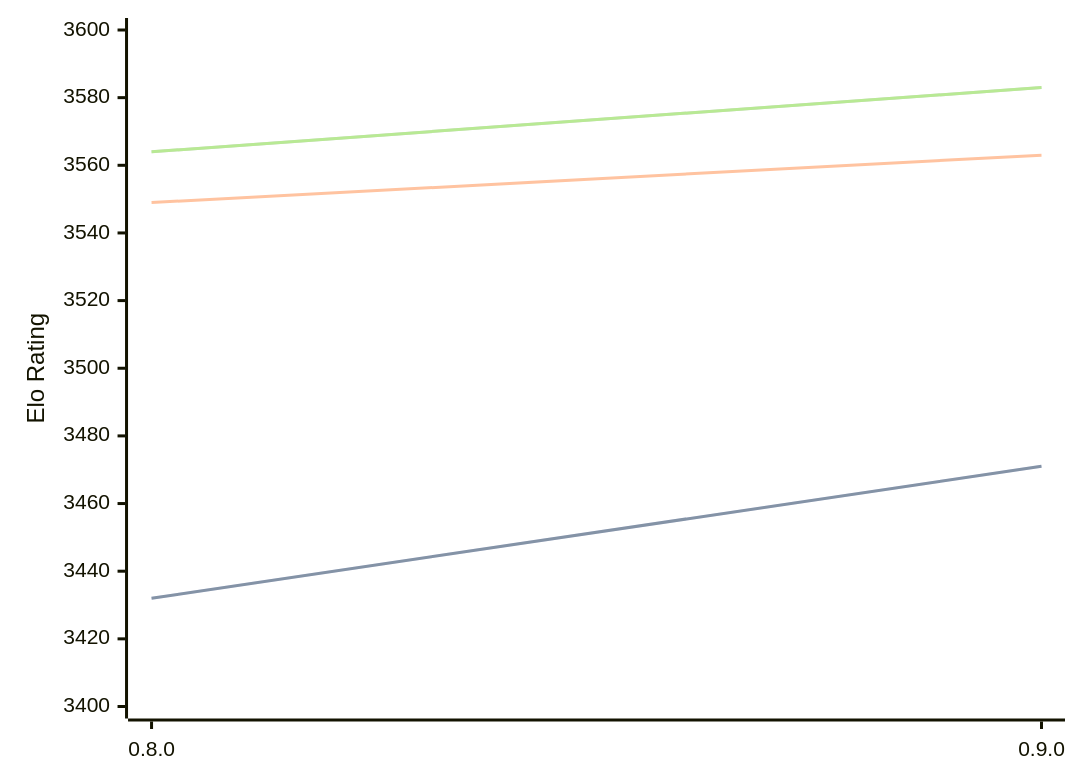
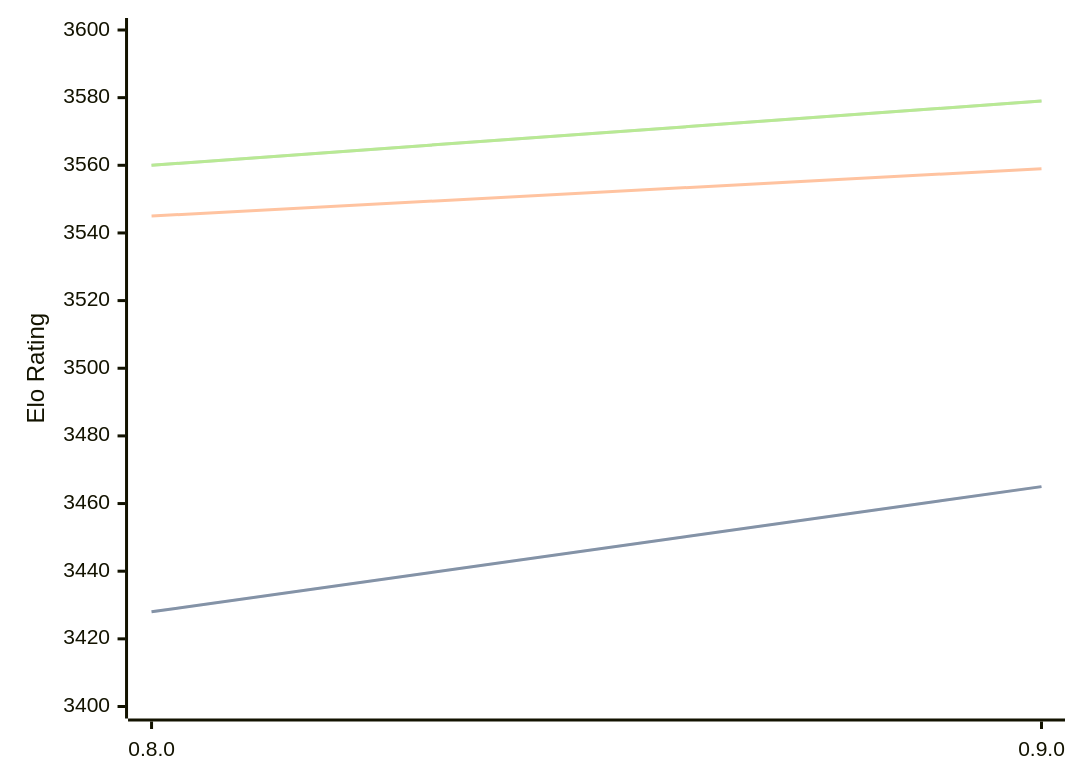
The third of 3 diagrams in engines/Reckless.md (computer-chess-index/cci), drawn with Mermaid before and after one commit. The commit also changed other lines of this file, not shown here.

Commit message:
Update CCI Ratings (ELO VLTC) - 2026-07-16

````diff
--- a/engines/Reckless.md
+++ b/engines/Reckless.md
@@ -72,11 +72,11 @@
 ```mermaid
 %%{init: {"theme":"base","themeVariables":{"seriesColors:['#a3a3a3','#222221','#faa371']}}}%%
 xychart-beta
   x-axis ["0.8.0", "0.9.0"]
   y-axis "Elo Rating" 3400 --> 3600
-  line "STC (8.0+0.08s)" [3432, 3471]
-  line "STC (8.0+0.08s)" [3432, 3471]
-  line "LTC (60.0+0.60s)" [3549, 3563]
-  line "VLTC (2m24s+1.12s)" [3564, 3583]
-  line "VLTC (2m24s+1.12s)" [3564, 3583]
+  line "STC (8.0+0.08s)" [3428, 3465]
+  line "STC (8.0+0.08s)" [3428, 3465]
+  line "LTC (60.0+0.60s)" [3545, 3559]
+  line "VLTC (2m24s+1.12s)" [3560, 3579]
+  line "VLTC (2m24s+1.12s)" [3560, 3579]
 ```
````
